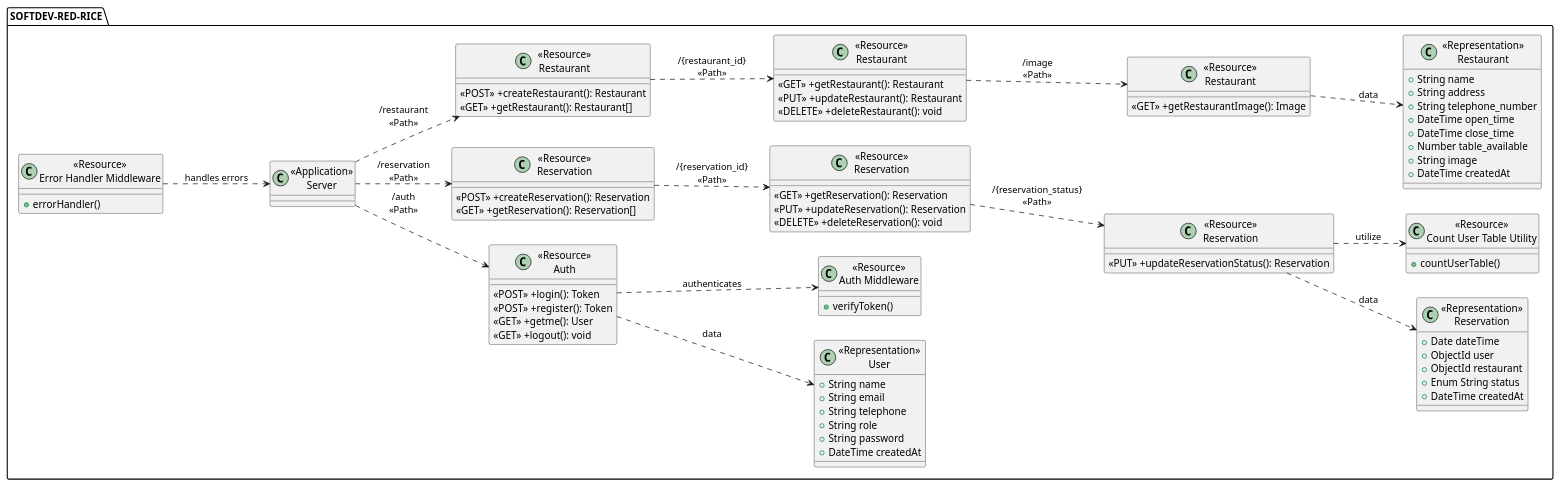
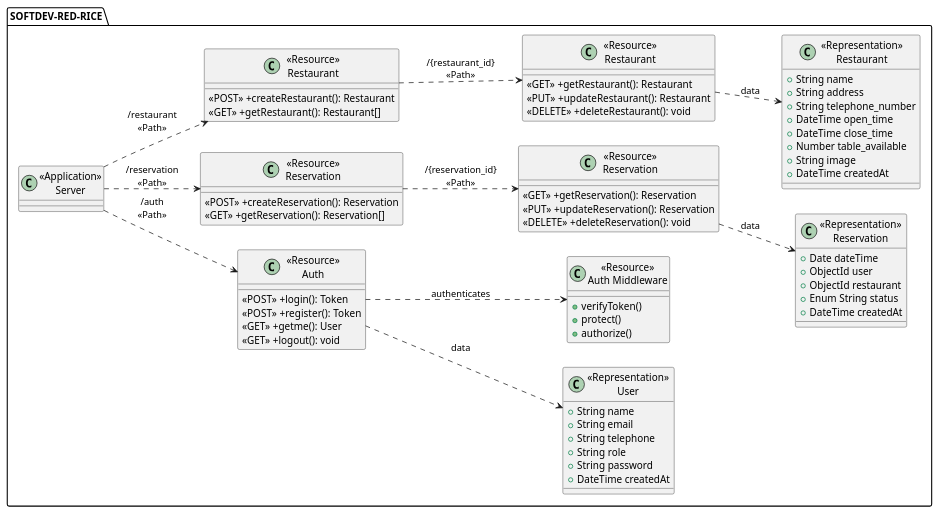
The diagram in docs/class/class-v1.puml (punchanabu/redrice-backend-express), drawn with PlantUML before and after one commit.

Commit message:
docs: update class diagram

```diff
--- a/docs/class/class-v1.puml
+++ b/docs/class/class-v1.puml
@@ -1,107 +1,93 @@
 @startuml
 left to right direction
 package "SOFTDEV-RED-RICE" {
     class "<<Application>>\nServer" as Server {}
 
     class "<<Representation>>\nUser" as UserModel {
         +String name
         +String email
         +String telephone
         +String role
         +String password
         +DateTime createdAt
     }
 
     class "<<Representation>>\nRestaurant" as RestaurantModel {
         +String name
         +String address
         +String telephone_number
         +DateTime open_time
         +DateTime close_time
         +Number table_available
         +String image
         +DateTime createdAt
     }
 
     class "<<Representation>>\nReservation" as ReservationModel {
         +Date dateTime
         +ObjectId user
         +ObjectId restaurant
         +Enum String status
         +DateTime createdAt
     }
 
     class "<<Resource>>\nAuth" as AuthController {
         <<POST>> +login(): Token
         <<POST>> +register(): Token
         <<GET>> +getme(): User
         <<GET>> +logout(): void
     }
 
     
 
     class "<<Resource>>\nReservation" as ReservationController {
         <<POST>> +createReservation(): Reservation
         <<GET>> +getReservation(): Reservation[]
     }
 
     class "<<Resource>>\nReservation" as ReservationController2 {
         <<GET>> +getReservation(): Reservation
         <<PUT>> +updateReservation(): Reservation
         <<DELETE>> +deleteReservation(): void
     }
 
-     class "<<Resource>>\nReservation" as ReservationController3 {
-        <<PUT>> +updateReservationStatus(): Reservation
-    }
 
     class "<<Resource>>\nRestaurant" as RestaurantController {
         <<POST>> +createRestaurant(): Restaurant
         <<GET>> +getRestaurant(): Restaurant[]
     }
 
 
     class "<<Resource>>\nRestaurant" as RestaurantController2 {
         <<GET>> +getRestaurant(): Restaurant
         <<PUT>> +updateRestaurant(): Restaurant
         <<DELETE>> +deleteRestaurant(): void
     }
 
-    class "<<Resource>>\nRestaurant" as RestaurantController3 {
-        <<GET>> +getRestaurantImage(): Image
-    }
 
     class "<<Resource>>\nAuth Middleware" as AuthMiddleware {
         +verifyToken()
+        +protect()
+        +authorize()
     }
 
-    class "<<Resource>>\nError Handler Middleware" as ErrorHandlerMiddleware {
-        +errorHandler()
-    }
 
-    class "<<Resource>>\nCount User Table Utility" as CountUserTable {
-        +countUserTable()
-    }
 }
 
 Server ..> AuthController : "/auth\n<<Path>>"
 Server ..> ReservationController : "/reservation\n<<Path>>"
 Server ..> RestaurantController : "/restaurant\n<<Path>>"
 
 
 
 AuthController ..> AuthMiddleware : "authenticates"
-ErrorHandlerMiddleware ..> Server : "handles errors"
 
 AuthController ..> UserModel : "data"
 
 RestaurantController ..> RestaurantController2 : "/{restaurant_id}\n<<Path>>"
-RestaurantController2 ..> RestaurantController3 : "/image\n<<Path>>"
-RestaurantController3 ..> RestaurantModel : "data"
+RestaurantController2 ..> RestaurantModel : "data"
 
 
 ReservationController ..> ReservationController2 : "/{reservation_id}\n<<Path>>"
-ReservationController2 ..> ReservationController3 : "/{reservation_status}\n<<Path>>"
-ReservationController3 ..> ReservationModel : "data"
-ReservationController3 ..> CountUserTable : "utilize"
+ReservationController2 ..> ReservationModel : "data"
 @enduml
```
